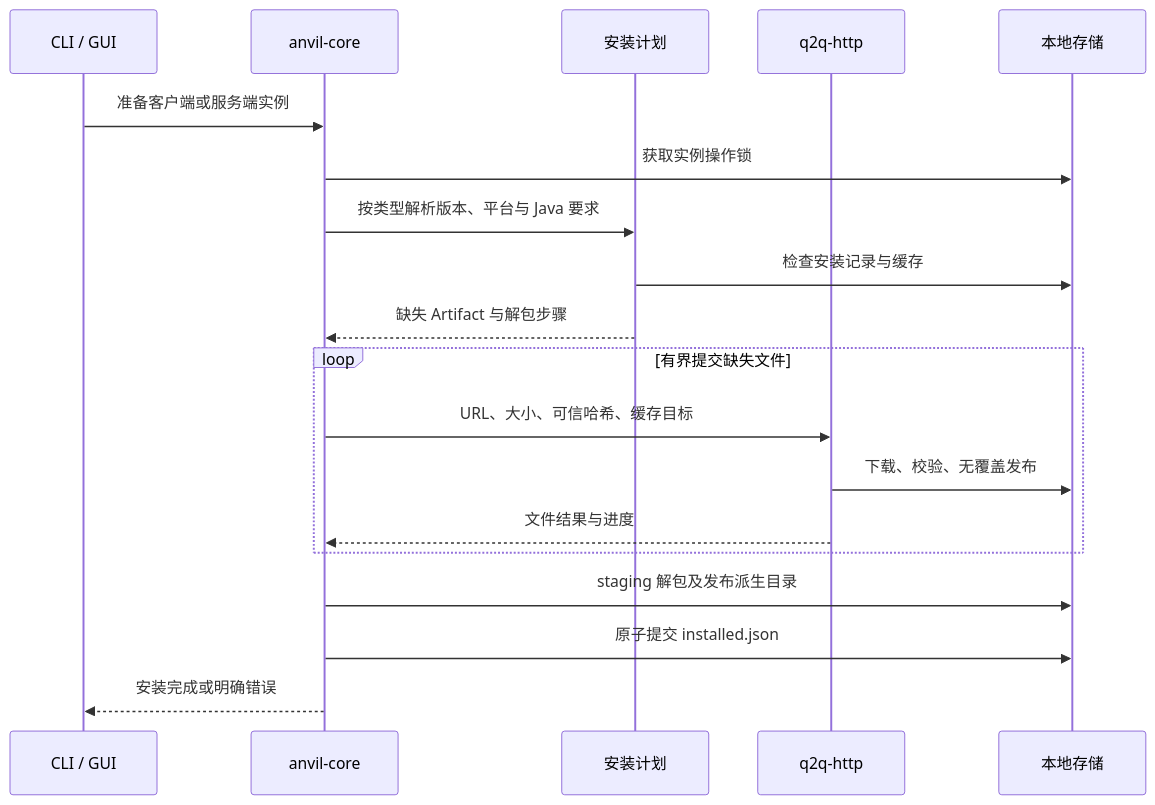
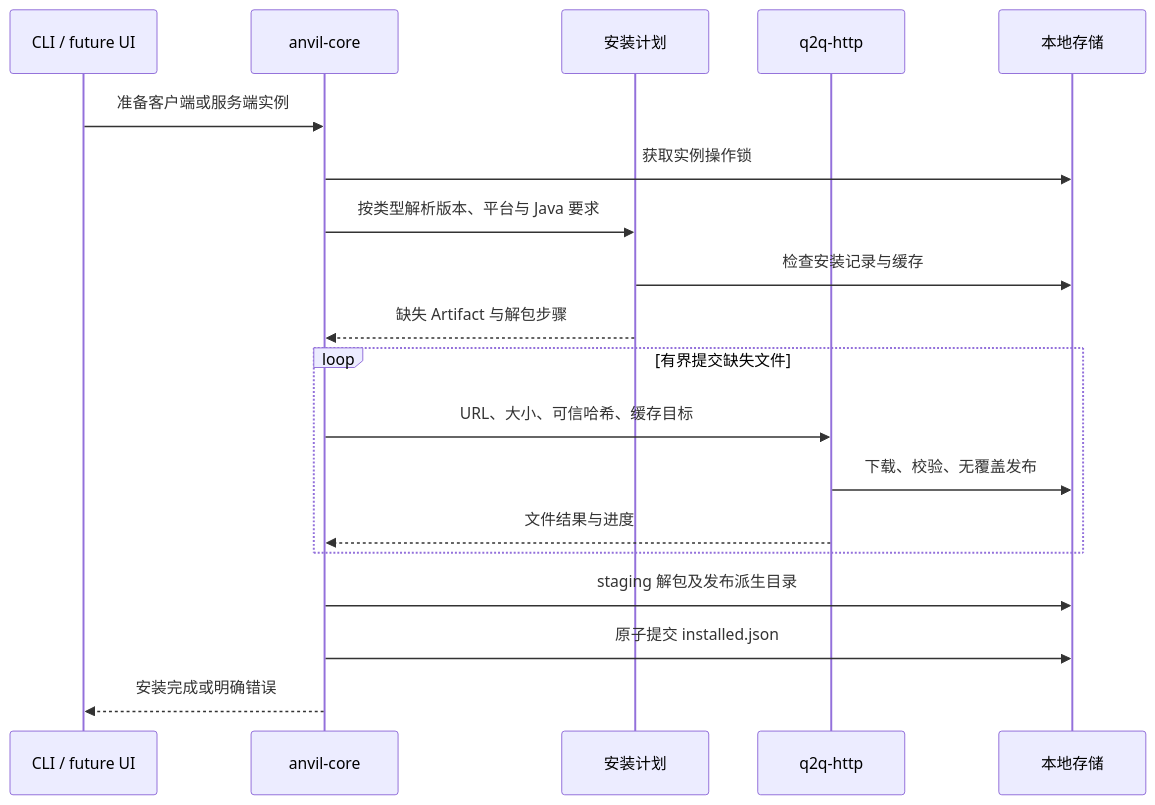
Before and after one commit to mivinci/Anvil: the second of 3 diagrams in todos/architecture.md, drawn with Mermaid. The commit also changed other lines of this file and 36 other files, not shown here.

````diff
--- a/todos/architecture.md
+++ b/todos/architecture.md
@@ -138,21 +144,21 @@
 ```mermaid
 sequenceDiagram
-    participant Entry as CLI / GUI
+    participant Entry as CLI / future UI
     participant Core as anvil-core
     participant Plan as 安装计划
     participant HTTP as q2q-http
     participant Disk as 本地存储
     Entry->>Core: 准备客户端或服务端实例
     Core->>Disk: 获取实例操作锁
     Core->>Plan: 按类型解析版本、平台与 Java 要求
     Plan->>Disk: 检查安装记录与缓存
     Plan-->>Core: 缺失 Artifact 与解包步骤
     loop 有界提交缺失文件
         Core->>HTTP: URL、大小、可信哈希、缓存目标
         HTTP->>Disk: 下载、校验、无覆盖发布
         HTTP-->>Core: 文件结果与进度
     end
     Core->>Disk: staging 解包及发布派生目录
     Core->>Disk: 原子提交 installed.json
     Core-->>Entry: 安装完成或明确错误
 ```
````
